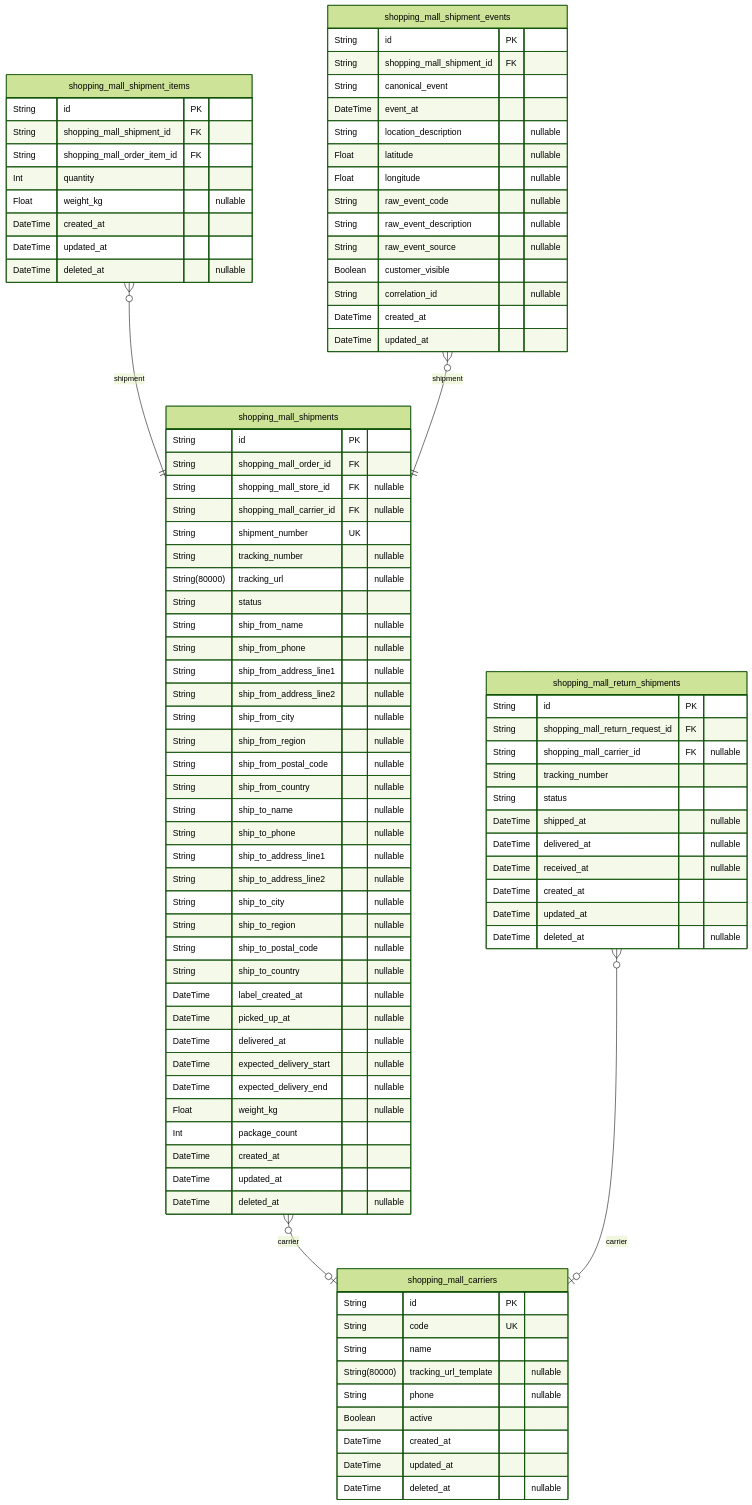
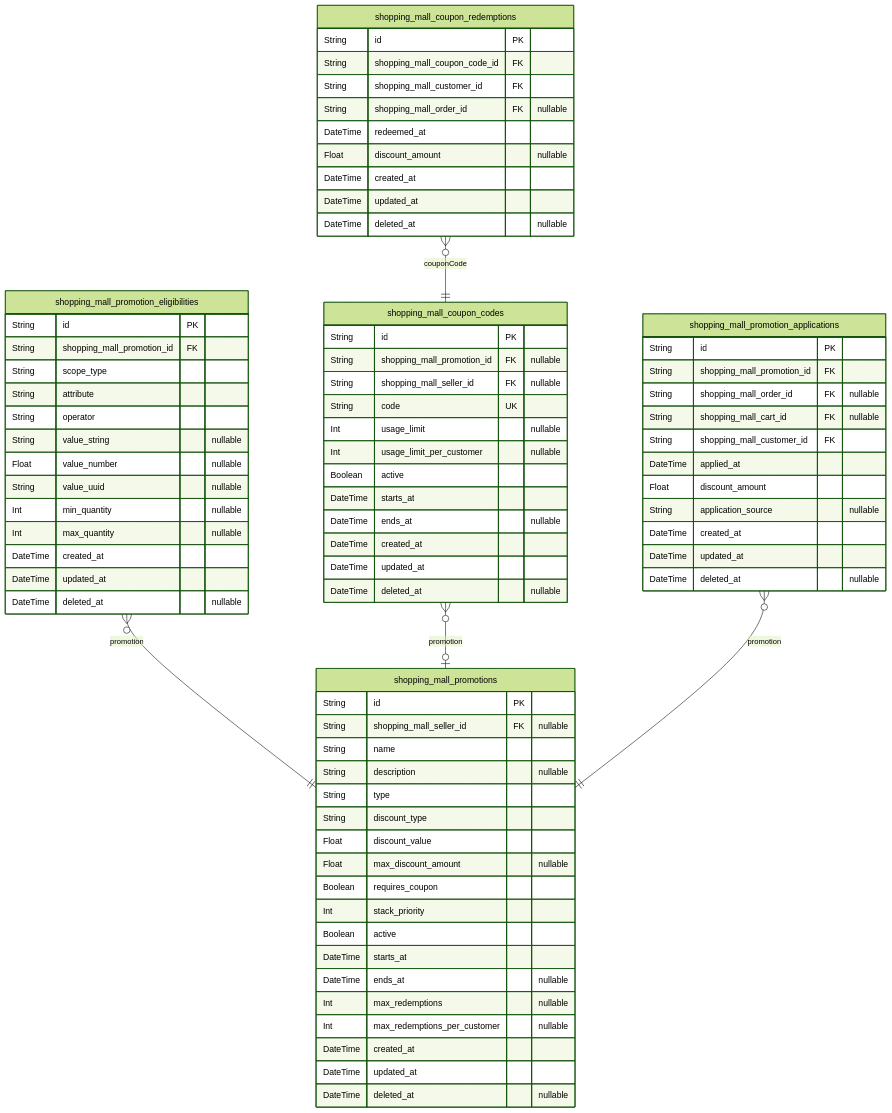
Before and after one commit to wrtnlabs/autobe-examples: the ninth of 13 diagrams in openai/gpt-5/shopping/docs/ERD.md, drawn with Mermaid (forest theme). The commit also changed other lines of this file and 16146 other files, not shown here.

````diff
--- a/openai/gpt-5/shopping/docs/ERD.md
+++ b/openai/gpt-5/shopping/docs/ERD.md
@@ -2437,93 +2679,80 @@
 ```mermaid
 erDiagram
-"shopping_mall_carriers" {
+"shopping_mall_promotions" {
   String id PK
-  String code UK
+  String shopping_mall_seller_id FK "nullable"
   String name
-  String(80000) tracking_url_template "nullable"
-  String phone "nullable"
+  String description "nullable"
+  String type
+  String discount_type
+  Float discount_value
+  Float max_discount_amount "nullable"
+  Boolean requires_coupon
+  Int stack_priority
   Boolean active
+  DateTime starts_at
+  DateTime ends_at "nullable"
+  Int max_redemptions "nullable"
+  Int max_redemptions_per_customer "nullable"
   DateTime created_at
   DateTime updated_at
   DateTime deleted_at "nullable"
 }
-"shopping_mall_shipments" {
+"shopping_mall_promotion_eligibilities" {
   String id PK
-  String shopping_mall_order_id FK
-  String shopping_mall_store_id FK "nullable"
-  String shopping_mall_carrier_id FK "nullable"
-  String shipment_number UK
-  String tracking_number "nullable"
-  String(80000) tracking_url "nullable"
-  String status
-  String ship_from_name "nullable"
-  String ship_from_phone "nullable"
-  String ship_from_address_line1 "nullable"
-  String ship_from_address_line2 "nullable"
-  String ship_from_city "nullable"
-  String ship_from_region "nullable"
-  String ship_from_postal_code "nullable"
-  String ship_from_country "nullable"
-  String ship_to_name "nullable"
-  String ship_to_phone "nullable"
-  String ship_to_address_line1 "nullable"
-  String ship_to_address_line2 "nullable"
-  String ship_to_city "nullable"
-  String ship_to_region "nullable"
-  String ship_to_postal_code "nullable"
-  String ship_to_country "nullable"
-  DateTime label_created_at "nullable"
-  DateTime picked_up_at "nullable"
-  DateTime delivered_at "nullable"
-  DateTime expected_delivery_start "nullable"
-  DateTime expected_delivery_end "nullable"
-  Float weight_kg "nullable"
-  Int package_count
+  String shopping_mall_promotion_id FK
+  String scope_type
+  String attribute
+  String operator
+  String value_string "nullable"
+  Float value_number "nullable"
+  String value_uuid "nullable"
+  Int min_quantity "nullable"
+  Int max_quantity "nullable"
   DateTime created_at
   DateTime updated_at
   DateTime deleted_at "nullable"
 }
-"shopping_mall_shipment_items" {
+"shopping_mall_coupon_codes" {
   String id PK
-  String shopping_mall_shipment_id FK
-  String shopping_mall_order_item_id FK
-  Int quantity
-  Float weight_kg "nullable"
+  String shopping_mall_promotion_id FK "nullable"
+  String shopping_mall_seller_id FK "nullable"
+  String code UK
+  Int usage_limit "nullable"
+  Int usage_limit_per_customer "nullable"
+  Boolean active
+  DateTime starts_at
+  DateTime ends_at "nullable"
   DateTime created_at
   DateTime updated_at
   DateTime deleted_at "nullable"
 }
-"shopping_mall_shipment_events" {
+"shopping_mall_coupon_redemptions" {
   String id PK
-  String shopping_mall_shipment_id FK
-  String canonical_event
-  DateTime event_at
-  String location_description "nullable"
-  Float latitude "nullable"
-  Float longitude "nullable"
-  String raw_event_code "nullable"
-  String raw_event_description "nullable"
-  String raw_event_source "nullable"
-  Boolean customer_visible
-  String correlation_id "nullable"
-  DateTime created_at
-  DateTime updated_at
-}
-"shopping_mall_return_shipments" {
-  String id PK
-  String shopping_mall_return_request_id FK
-  String shopping_mall_carrier_id FK "nullable"
-  String tracking_number
-  String status
-  DateTime shipped_at "nullable"
-  DateTime delivered_at "nullable"
-  DateTime received_at "nullable"
+  String shopping_mall_coupon_code_id FK
+  String shopping_mall_customer_id FK
+  String shopping_mall_order_id FK "nullable"
+  DateTime redeemed_at
+  Float discount_amount "nullable"
   DateTime created_at
   DateTime updated_at
   DateTime deleted_at "nullable"
 }
-"shopping_mall_shipments" }o--o| "shopping_mall_carriers" : carrier
-"shopping_mall_shipment_items" }o--|| "shopping_mall_shipments" : shipment
-"shopping_mall_shipment_events" }o--|| "shopping_mall_shipments" : shipment
-"shopping_mall_return_shipments" }o--o| "shopping_mall_carriers" : carrier
+"shopping_mall_promotion_applications" {
+  String id PK
+  String shopping_mall_promotion_id FK
+  String shopping_mall_order_id FK "nullable"
+  String shopping_mall_cart_id FK "nullable"
+  String shopping_mall_customer_id FK
+  DateTime applied_at
+  Float discount_amount
+  String application_source "nullable"
+  DateTime created_at
+  DateTime updated_at
+  DateTime deleted_at "nullable"
+}
+"shopping_mall_promotion_eligibilities" }o--|| "shopping_mall_promotions" : promotion
+"shopping_mall_coupon_codes" }o--o| "shopping_mall_promotions" : promotion
+"shopping_mall_coupon_redemptions" }o--|| "shopping_mall_coupon_codes" : couponCode
+"shopping_mall_promotion_applications" }o--|| "shopping_mall_promotions" : promotion
 ```
````
